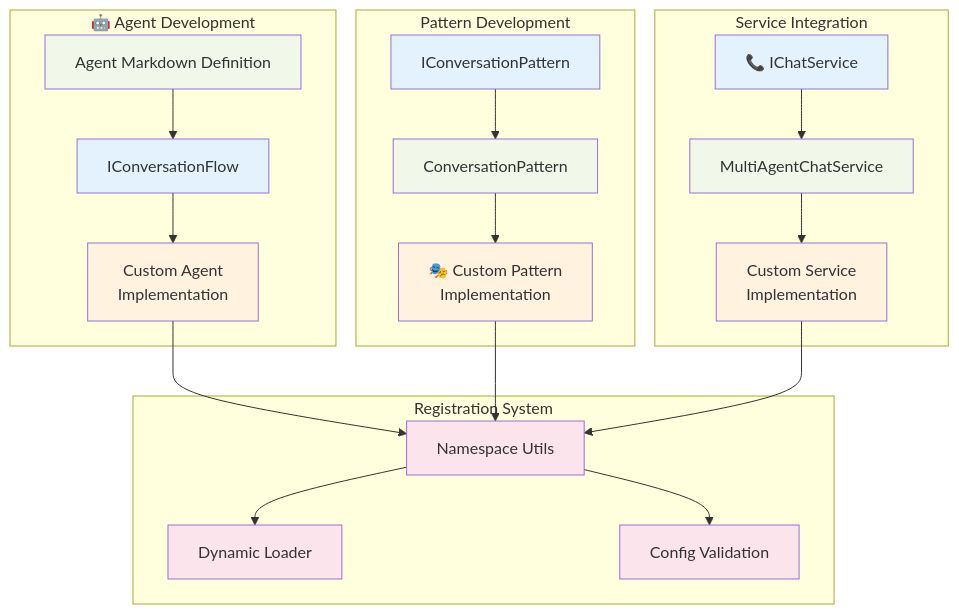
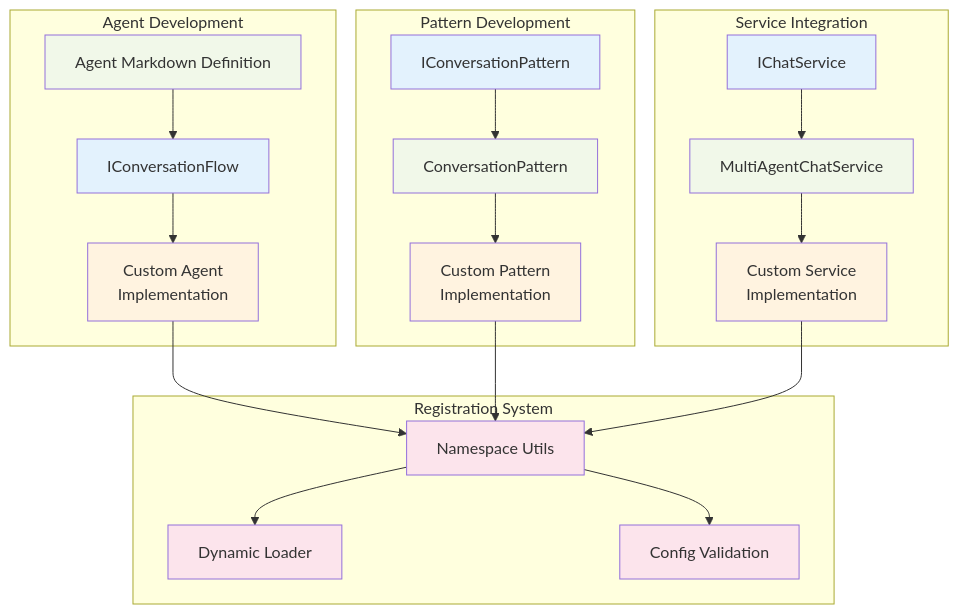
One commit to the-ingenious-dark-knight/Insight_Ingenious changed the fourth of 11 diagrams in docs/development/README.md. Above: the diagram before and after it, drawn with Mermaid. The commit also changed other lines of this file and 17 other files, not shown here.

````diff
--- a/docs/development/README.md
+++ b/docs/development/README.md
@@ -388,51 +388,51 @@
 ```mermaid
 graph TB
-    subgraph "🤖 Agent Development"
+    subgraph "Agent Development"
         AGENT_MARKDOWN[ Agent Markdown Definition]
         AGENT_FLOW[ IConversationFlow]
         CUSTOM_AGENT[ Custom Agent<br/>Implementation]
     end
 
     subgraph " Pattern Development"
         PATTERN_INTERFACE[ IConversationPattern]
         PATTERN_IMPL[ ConversationPattern]
-        CUSTOM_PATTERN[🎭 Custom Pattern<br/>Implementation]
+        CUSTOM_PATTERN[Custom Pattern<br/>Implementation]
     end
 
     subgraph " Service Integration"
         CHAT_SERVICE[ MultiAgentChatService]
-        CHAT_INTERFACE[📞 IChatService]
+        CHAT_INTERFACE[IChatService]
         CUSTOM_SERVICE[ Custom Service<br/>Implementation]
     end
 
     subgraph " Registration System"
         NAMESPACE_UTILS[ Namespace Utils]
         DYNAMIC_LOADER[ Dynamic Loader]
         CONFIG_VALIDATION[ Config Validation]
     end
 
     AGENT_MARKDOWN --> AGENT_FLOW
     AGENT_FLOW --> CUSTOM_AGENT
     CUSTOM_AGENT --> NAMESPACE_UTILS
 
     PATTERN_INTERFACE --> PATTERN_IMPL
     PATTERN_IMPL --> CUSTOM_PATTERN
     CUSTOM_PATTERN --> NAMESPACE_UTILS
 
     CHAT_INTERFACE --> CHAT_SERVICE
     CHAT_SERVICE --> CUSTOM_SERVICE
     CUSTOM_SERVICE --> NAMESPACE_UTILS
 
     NAMESPACE_UTILS --> DYNAMIC_LOADER
     NAMESPACE_UTILS --> CONFIG_VALIDATION
 
     classDef interface fill:#e3f2fd
     classDef base fill:#f1f8e9
     classDef custom fill:#fff3e0
     classDef registry fill:#fce4ec
 
     class AGENT_FLOW,PATTERN_INTERFACE,CHAT_INTERFACE interface
     class AGENT_MARKDOWN,PATTERN_IMPL,CHAT_SERVICE base
     class CUSTOM_AGENT,CUSTOM_PATTERN,CUSTOM_SERVICE custom
     class NAMESPACE_UTILS,DYNAMIC_LOADER,CONFIG_VALIDATION registry
 ```
````
